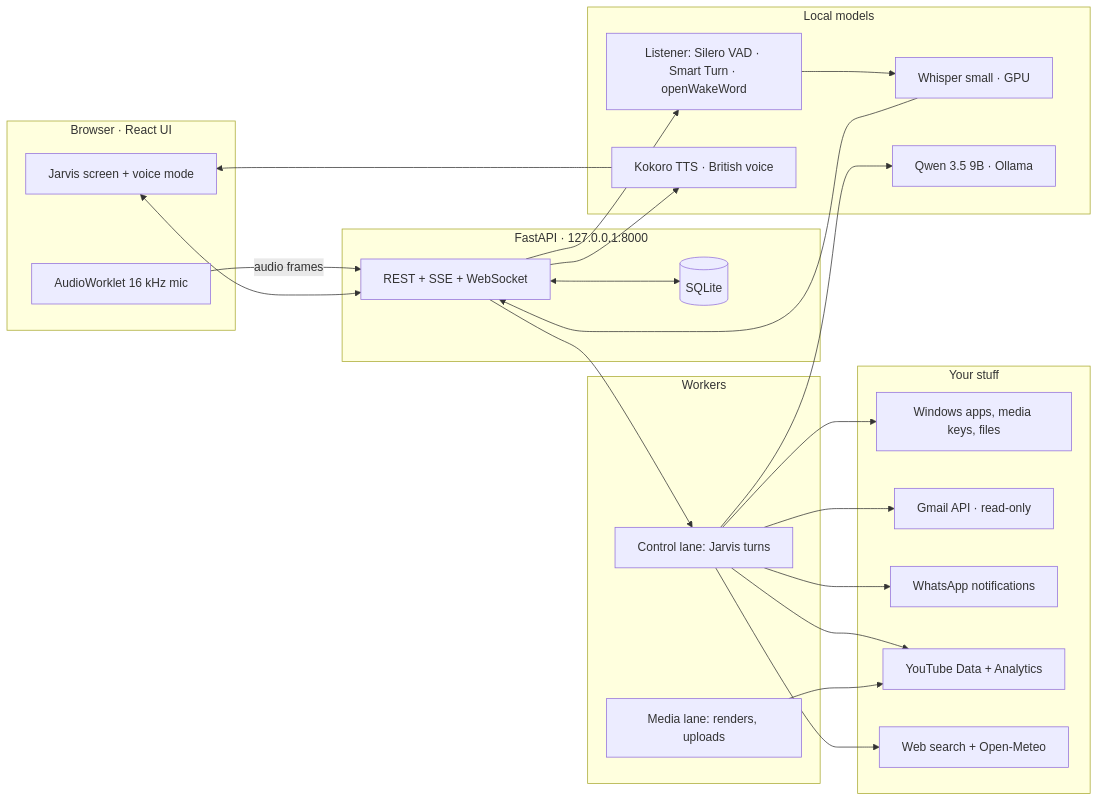
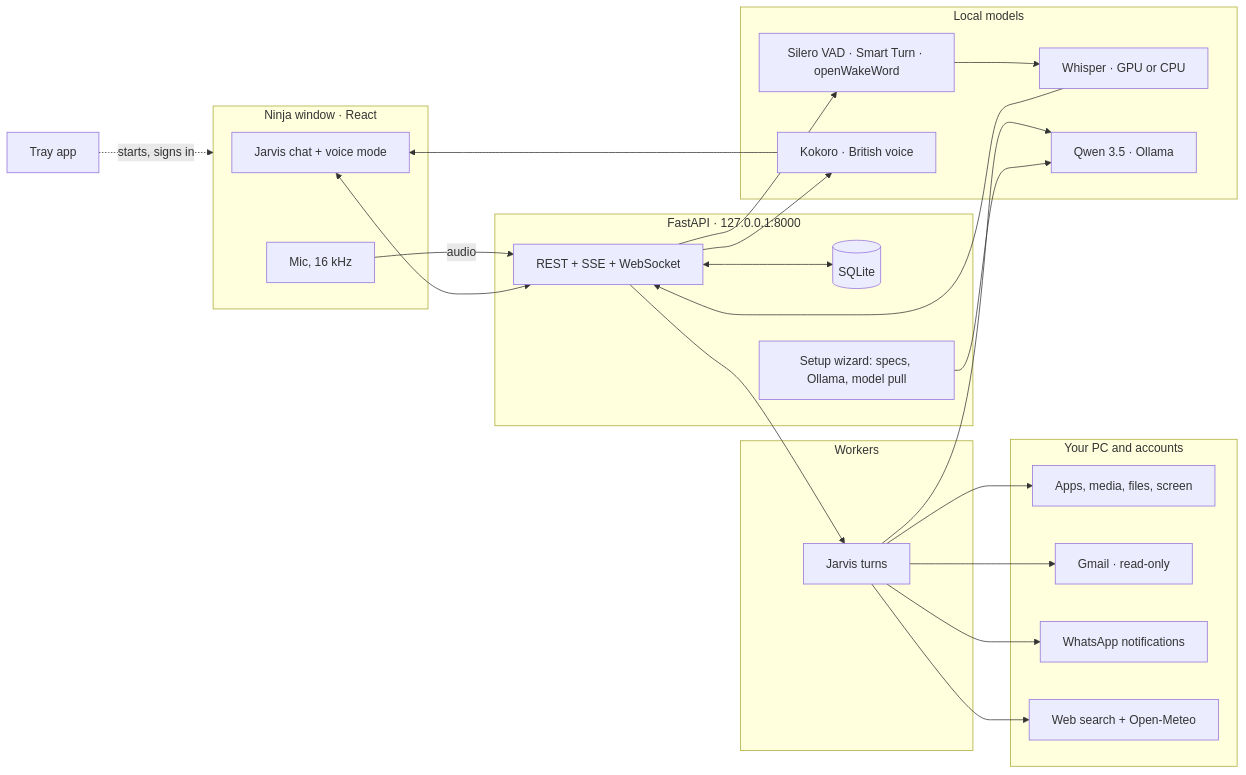
The diagram in README.md (Karthik6146/Ninja-Assistant), drawn with Mermaid before and after one commit. The commit also changed other lines of this file and 1 other file, not shown here.

Commit message:
Rewrite README for 0.1: new logo, setup wizard, tray app, performance

````diff
--- a/README.md
+++ b/README.md
@@ -71,34 +106,34 @@
 ```mermaid
 flowchart LR
-  subgraph Browser["Browser · React UI"]
-    UI[Jarvis screen + voice mode]
-    MIC[AudioWorklet 16 kHz mic]
+  subgraph App["Ninja window · React"]
+    UI[Jarvis chat + voice mode]
+    MIC[Mic, 16 kHz]
   end
+  TRAY[Tray app] -. starts, signs in .-> App
   subgraph Server["FastAPI · 127.0.0.1:8000"]
     API[REST + SSE + WebSocket]
     DB[(SQLite)]
+    SETUP[Setup wizard: specs, Ollama, model pull]
   end
   subgraph Workers["Workers"]
-    CTRL[Control lane: Jarvis turns]
-    MEDIA[Media lane: renders, uploads]
+    CTRL[Jarvis turns]
   end
   subgraph Local["Local models"]
-    LISTEN[Listener: Silero VAD · Smart Turn · openWakeWord]
-    STT[Whisper small · GPU]
-    LLM[Qwen 3.5 9B · Ollama]
-    TTS[Kokoro TTS · British voice]
+    LISTEN[Silero VAD · Smart Turn · openWakeWord]
+    STT[Whisper · GPU or CPU]
+    LLM[Qwen 3.5 · Ollama]
+    TTS[Kokoro · British voice]
   end
-  subgraph World["Your stuff"]
-    PC[Windows apps, media keys, files]
-    MAIL[Gmail API · read-only]
+  subgraph World["Your PC and accounts"]
+    PC[Apps, media, files, screen]
+    MAIL[Gmail · read-only]
     WA[WhatsApp notifications]
-    YT[YouTube Data + Analytics]
     WEB[Web search + Open-Meteo]
   end
-  MIC -- audio frames --> API --> LISTEN --> STT --> API
+  MIC -- audio --> API --> LISTEN --> STT --> API
   UI <--> API <--> DB
   API --> CTRL --> LLM
-  CTRL --> PC & MAIL & WA & YT & WEB
+  CTRL --> PC & MAIL & WA & WEB
   API --> TTS --> UI
-  MEDIA --> YT
+  SETUP --> LLM
 ```
````
